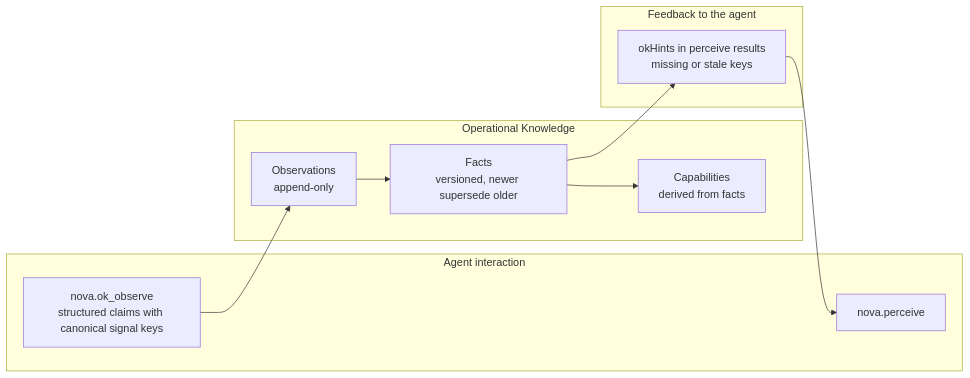
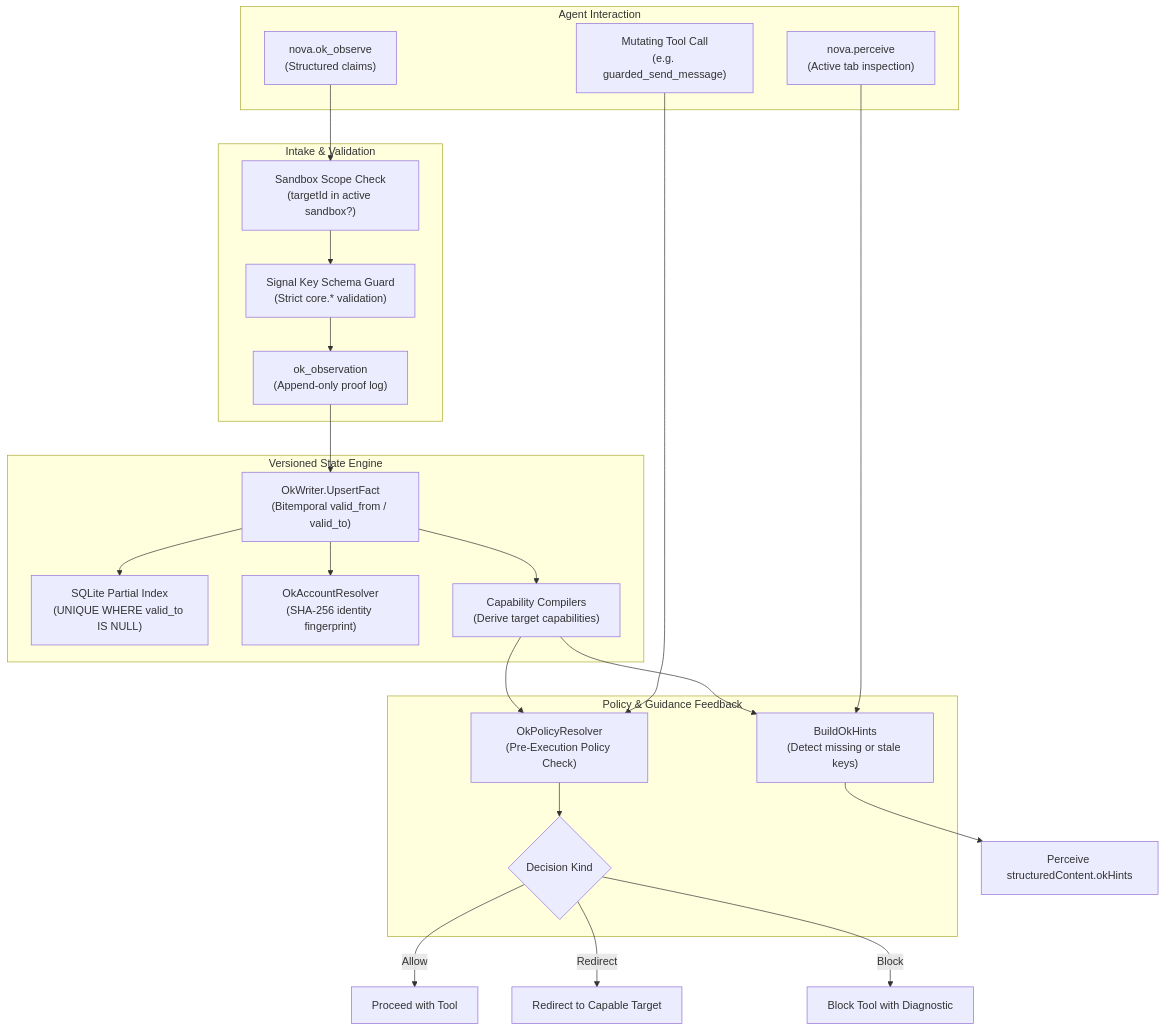
One commit to joelaniol/nova changed the diagram in docs/core-features/learning/operational-knowledge-ok/README.md. Above: the diagram before and after it, drawn with Mermaid. The commit also changed other lines of this file and 4 other files, not shown here.

Commit message:
docs(operational-knowledge): overhaul OK documentation suite with 4 comprehensive deep-dive guides

````diff
--- a/docs/core-features/learning/operational-knowledge-ok/README.md
+++ b/docs/core-features/learning/operational-knowledge-ok/README.md
@@ -62,23 +94,42 @@
 ```mermaid
-flowchart LR
-    subgraph AgentAction["Agent interaction"]
-        Observe["nova.ok_observe<br/>structured claims with canonical signal keys"]
-        Perceive["nova.perceive"]
+flowchart TD
+    subgraph AgentLayer ["Agent Interaction"]
+        ObserveCall["nova.ok_observe<br/>(Structured claims)"]
+        PerceiveCall["nova.perceive<br/>(Active tab inspection)"]
+        ActionCall["Mutating Tool Call<br/>(e.g. guarded_send_message)"]
     end
 
-    subgraph OKCore["Operational Knowledge"]
-        Append["Observations<br/>append-only"]
-        Fact["Facts<br/>versioned, newer supersede older"]
-        Compile["Capabilities<br/>derived from facts"]
+    subgraph IntakeLayer ["Intake & Validation"]
+        AuthGuard["Sandbox Scope Check<br/>(targetId in active sandbox?)"]
+        SchemaGuard["Signal Key Schema Guard<br/>(Strict core.* validation)"]
+        ObsLog["ok_observation<br/>(Append-only proof log)"]
     end
 
-    subgraph Feedback["Feedback to the agent"]
-        Hints["okHints in perceive results<br/>missing or stale keys"]
+    subgraph StateLayer ["Versioned State Engine"]
+        FactUpsert["OkWriter.UpsertFact<br/>(Bitemporal valid_from / valid_to)"]
+        PartialIdx["SQLite Partial Index<br/>(UNIQUE WHERE valid_to IS NULL)"]
+        AccountResolve["OkAccountResolver<br/>(SHA-256 identity fingerprint)"]
+        CompileCaps["Capability Compilers<br/>(Derive target capabilities)"]
     end
 
-    Observe --> Append
-    Append --> Fact
-    Fact --> Compile
-    Fact --> Hints
-    Hints --> Perceive
+    subgraph PolicyLayer ["Policy & Guidance Feedback"]
+        PolicyCheck["OkPolicyResolver<br/>(Pre-Execution Policy Check)"]
+        DecisionGate{"Decision Kind"}
+        HintEngine["BuildOkHints<br/>(Detect missing or stale keys)"]
+    end
+
+    ObserveCall --> AuthGuard --> SchemaGuard --> ObsLog
+    ObsLog --> FactUpsert --> PartialIdx
+    FactUpsert --> AccountResolve
+    FactUpsert --> CompileCaps
+    
+    CompileCaps --> PolicyCheck
+    ActionCall --> PolicyCheck
+    PolicyCheck --> DecisionGate
+    DecisionGate -- Allow --> ExecuteTool["Proceed with Tool"]
+    DecisionGate -- Redirect --> RouteTarget["Redirect to Capable Target"]
+    DecisionGate -- Block --> HaltTool["Block Tool with Diagnostic"]
+    
+    CompileCaps --> HintEngine
+    PerceiveCall --> HintEngine --> PerceiveResult["Perceive structuredContent.okHints"]
 ```
````
